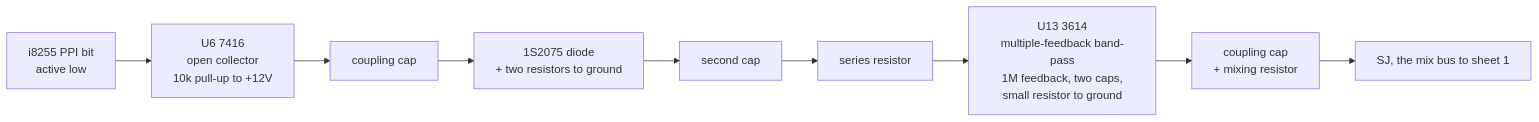
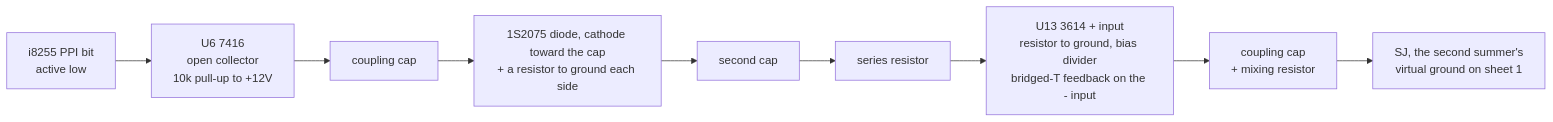
Before and after one commit to patsoffice/phosphor-emulator: the diagram in docs/schematics/congo-percussion.md, drawn with Mermaid. The commit also changed other lines of this file and 4 other files, not shown here.

````diff
--- a/docs/schematics/congo-percussion.md
+++ b/docs/schematics/congo-percussion.md
@@ -46,11 +56,11 @@
 ```mermaid
 flowchart LR
   PPI["i8255 PPI bit<br/>active low"] --> INV
   INV["U6 7416<br/>open collector<br/>10k pull-up to +12V"] --> C["coupling cap"]
-  C --> D["1S2075 diode<br/>+ two resistors to ground"]
+  C --> D["1S2075 diode, cathode toward the cap<br/>+ a resistor to ground each side"]
   D --> C2["second cap"]
   C2 --> R["series resistor"]
-  R --> BP["U13 3614<br/>multiple-feedback band-pass<br/>1M feedback, two caps,<br/>small resistor to ground"]
+  R --> BP["U13 3614 + input<br/>resistor to ground, bias divider<br/>bridged-T feedback on the - input"]
   BP --> OUT["coupling cap<br/>+ mixing resistor"]
-  OUT --> BUS["SJ, the mix bus to sheet 1"]
+  OUT --> BUS["SJ, the second summer's<br/>virtual ground on sheet 1"]
 ```
````
